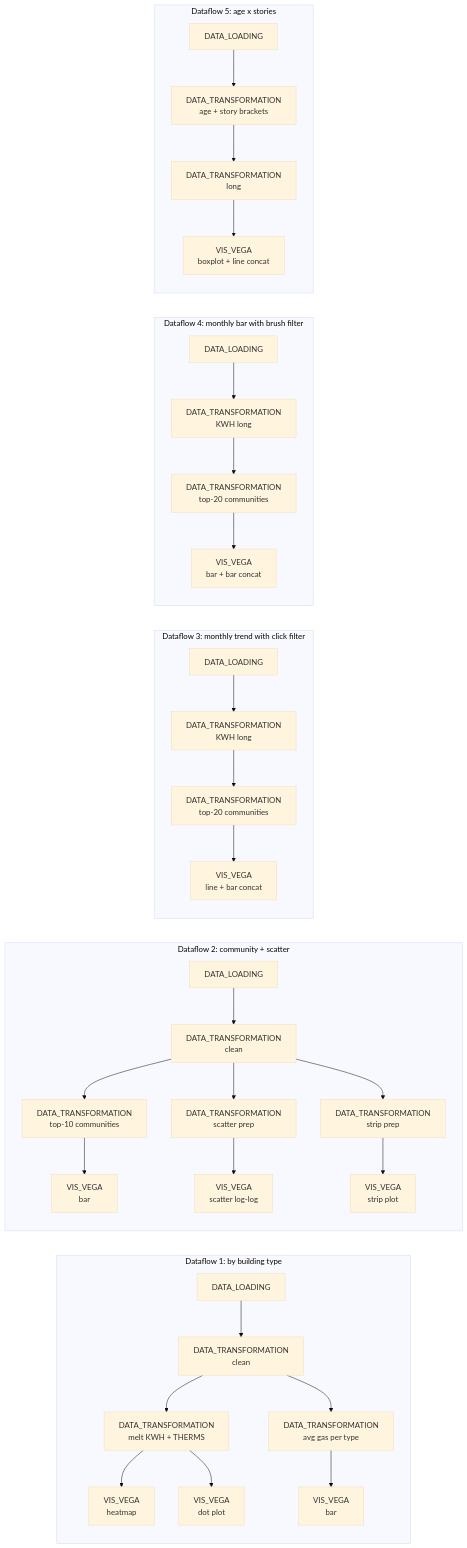
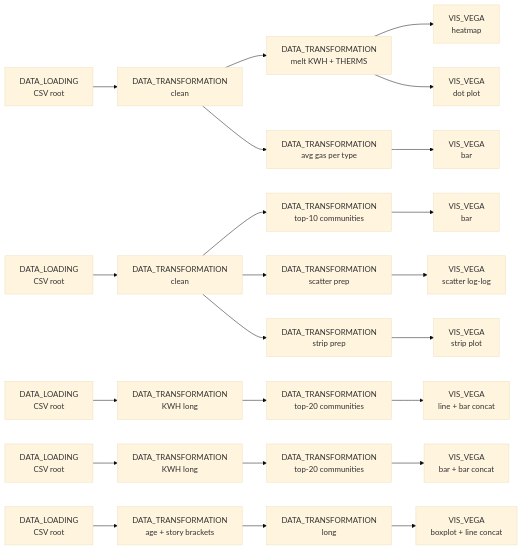
One commit to urban-toolkit/curio changed the diagram in docs/examples/05-vega-lite-multi-view-drilldown.md. Above: the diagram before and after it, drawn with Mermaid (base theme). The commit also changed other lines of this file and 27 other files, not shown here.

Commit message:
Run autk-grammar data loading server-side and render Autark buildings per-part

````diff
--- a/docs/examples/05-vega-lite-multi-view-drilldown.md
+++ b/docs/examples/05-vega-lite-multi-view-drilldown.md
@@ -9,27 +9,17 @@
 ```mermaid
 flowchart LR
-  subgraph "Dataflow 1: by building type"
-    L1[DATA_LOADING] --> C1[DATA_TRANSFORMATION<br/>clean]
-    C1 --> M1[DATA_TRANSFORMATION<br/>melt KWH + THERMS] --> H1[VIS_VEGA<br/>heatmap]
-    M1 --> H2[VIS_VEGA<br/>dot plot]
-    C1 --> G1[DATA_TRANSFORMATION<br/>avg gas per type] --> H3[VIS_VEGA<br/>bar]
-  end
+  L1[DATA_LOADING<br/>CSV root] --> C1[DATA_TRANSFORMATION<br/>clean]
+  C1 --> M1[DATA_TRANSFORMATION<br/>melt KWH + THERMS] --> H1[VIS_VEGA<br/>heatmap]
+  M1 --> H2[VIS_VEGA<br/>dot plot]
+  C1 --> G1[DATA_TRANSFORMATION<br/>avg gas per type] --> H3[VIS_VEGA<br/>bar]
 
-  subgraph "Dataflow 2: community + scatter"
-    L2[DATA_LOADING] --> C2[DATA_TRANSFORMATION<br/>clean] --> T2a[DATA_TRANSFORMATION<br/>top-10 communities] --> V2a[VIS_VEGA<br/>bar]
-    C2 --> T2b[DATA_TRANSFORMATION<br/>scatter prep] --> V2b[VIS_VEGA<br/>scatter log-log]
-    C2 --> T2c[DATA_TRANSFORMATION<br/>strip prep]    --> V2c[VIS_VEGA<br/>strip plot]
-  end
+  L2[DATA_LOADING<br/>CSV root] --> C2[DATA_TRANSFORMATION<br/>clean] --> T2a[DATA_TRANSFORMATION<br/>top-10 communities] --> V2a[VIS_VEGA<br/>bar]
+  C2 --> T2b[DATA_TRANSFORMATION<br/>scatter prep] --> V2b[VIS_VEGA<br/>scatter log-log]
+  C2 --> T2c[DATA_TRANSFORMATION<br/>strip prep] --> V2c[VIS_VEGA<br/>strip plot]
 
-  subgraph "Dataflow 3: monthly trend with click filter"
-    L3[DATA_LOADING] --> C3[DATA_TRANSFORMATION<br/>KWH long] --> T3[DATA_TRANSFORMATION<br/>top-20 communities] --> V3[VIS_VEGA<br/>line + bar concat]
-  end
+  L3[DATA_LOADING<br/>CSV root] --> C3[DATA_TRANSFORMATION<br/>KWH long] --> T3[DATA_TRANSFORMATION<br/>top-20 communities] --> V3[VIS_VEGA<br/>line + bar concat]
 
-  subgraph "Dataflow 4: monthly bar with brush filter"
-    L4[DATA_LOADING] --> C4[DATA_TRANSFORMATION<br/>KWH long] --> T4[DATA_TRANSFORMATION<br/>top-20 communities] --> V4[VIS_VEGA<br/>bar + bar concat]
-  end
+  L4[DATA_LOADING<br/>CSV root] --> C4[DATA_TRANSFORMATION<br/>KWH long] --> T4[DATA_TRANSFORMATION<br/>top-20 communities] --> V4[VIS_VEGA<br/>bar + bar concat]
 
-  subgraph "Dataflow 5: age x stories"
-    L5[DATA_LOADING] --> C5[DATA_TRANSFORMATION<br/>age + story brackets] --> M5[DATA_TRANSFORMATION<br/>long] --> V5[VIS_VEGA<br/>boxplot + line concat]
-  end
+  L5[DATA_LOADING<br/>CSV root] --> C5[DATA_TRANSFORMATION<br/>age + story brackets] --> M5[DATA_TRANSFORMATION<br/>long] --> V5[VIS_VEGA<br/>boxplot + line concat]
 ```
````
